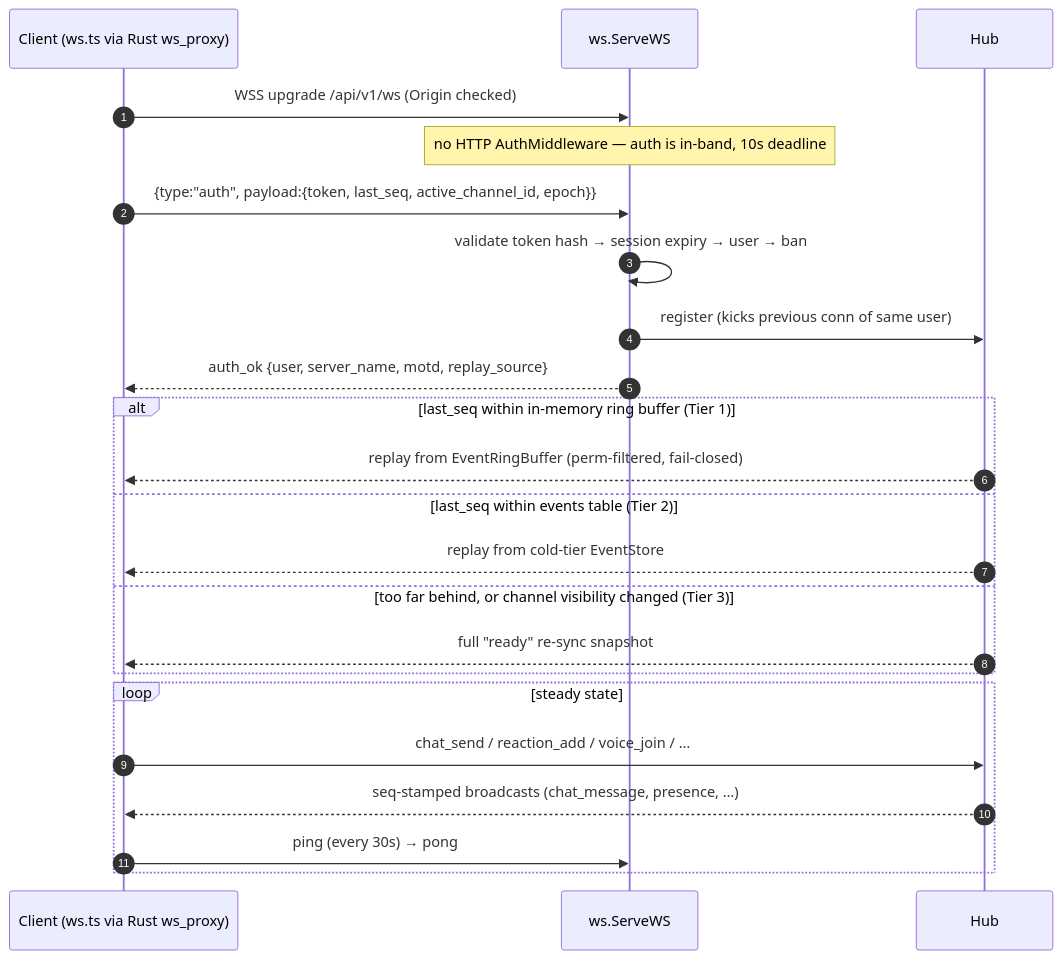
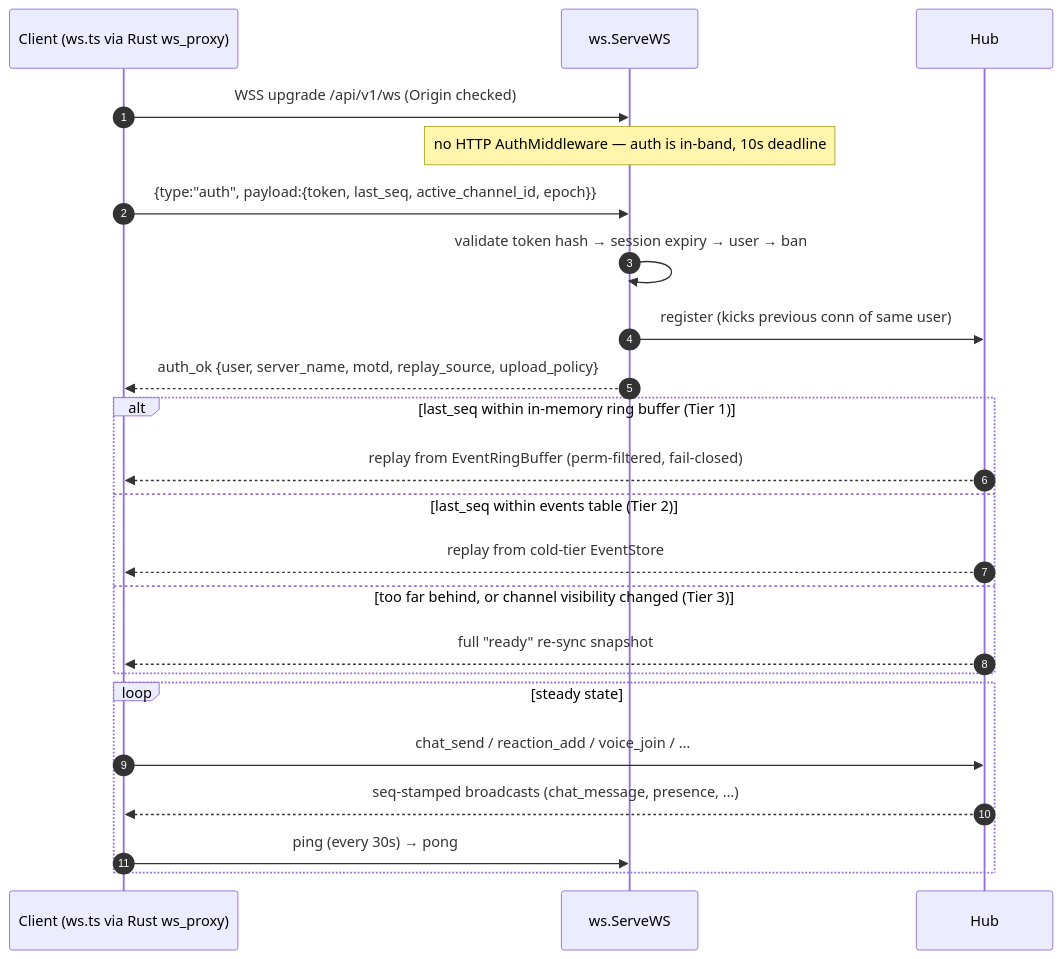
The third of 4 diagrams in ARCHITECTURE.md (J3vb/OwnCord), drawn with Mermaid before and after one commit. The commit also changed other lines of this file and 793 other files, not shown here.

````diff
--- a/ARCHITECTURE.md
+++ b/ARCHITECTURE.md
@@ -173,28 +173,28 @@
 ```mermaid
 sequenceDiagram
     autonumber
     participant C as Client (ws.ts via Rust ws_proxy)
     participant S as ws.ServeWS
     participant H as Hub
 
     C->>S: WSS upgrade /api/v1/ws (Origin checked)
     Note over S: no HTTP AuthMiddleware — auth is in-band, 10s deadline
     C->>S: {type:"auth", payload:{token, last_seq, active_channel_id, epoch}}
     S->>S: validate token hash → session expiry → user → ban
     S->>H: register (kicks previous conn of same user)
-    S-->>C: auth_ok {user, server_name, motd, replay_source}
+    S-->>C: auth_ok {user, server_name, motd, replay_source, upload_policy}
 
     alt last_seq within in-memory ring buffer (Tier 1)
         H-->>C: replay from EventRingBuffer (perm-filtered, fail-closed)
     else last_seq within events table (Tier 2)
         H-->>C: replay from cold-tier EventStore
     else too far behind, or channel visibility changed (Tier 3)
         H-->>C: full "ready" re-sync snapshot
     end
 
     loop steady state
         C->>H: chat_send / reaction_add / voice_join / …
         H-->>C: seq-stamped broadcasts (chat_message, presence, …)
         C->>S: ping (every 30s) → pong
     end
 ```
````
